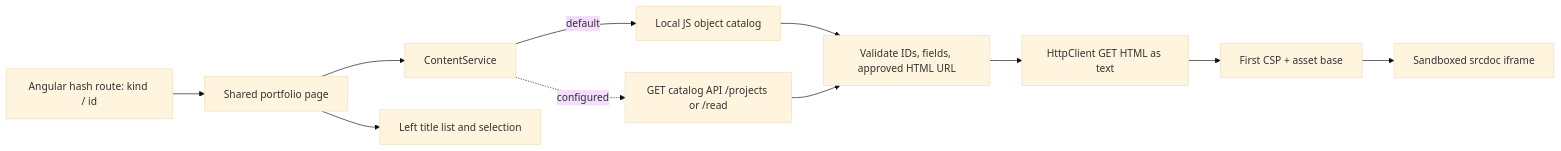
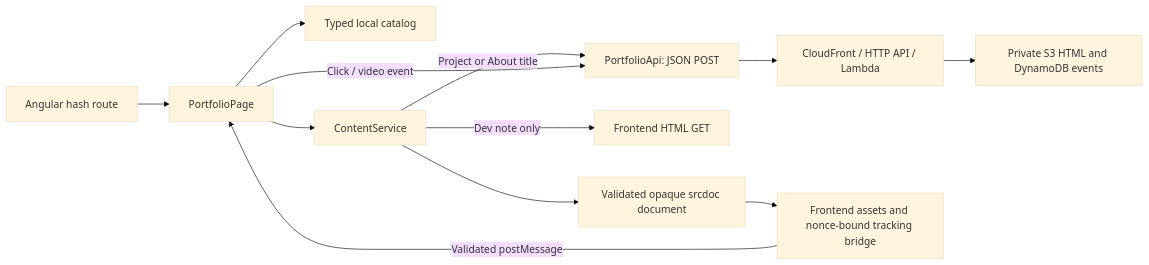
The diagram in ARCHITECTURE.md (gopalcb/my-lab-portfolio), drawn with Mermaid (base theme) before and after one commit. The commit also changed other lines of this file and 21 other files, not shown here.

Commit message:
Serve portfolio content through AWS and record anonymous interaction events

````diff
--- a/ARCHITECTURE.md
+++ b/ARCHITECTURE.md
@@ -3,13 +3,14 @@
 ```mermaid
 flowchart LR
-    R[Angular hash route: kind / id] --> P[Shared portfolio page]
+    R[Angular hash route] --> P[PortfolioPage]
+    P --> C[Typed local catalog]
     P --> S[ContentService]
-    S -->|default| L[Local JS object catalog]
-    S -. configured .-> A[GET catalog API /projects or /read]
-    L --> V[Validate IDs, fields, approved HTML URL]
-    A --> V
-    V --> H[HttpClient GET HTML as text]
-    H --> I[First CSP + asset base]
-    I --> F[Sandboxed srcdoc iframe]
-    P --> N[Left title list and selection]
+    S -->|Project or About title| A[PortfolioApi: JSON POST]
+    S -->|Dev note only| L[Frontend HTML GET]
+    A --> CF[CloudFront / HTTP API / Lambda]
+    CF --> D[Private S3 HTML and DynamoDB events]
+    S --> I[Validated opaque srcdoc document]
+    I --> F[Frontend assets and nonce-bound tracking bridge]
+    F -->|Validated postMessage| P
+    P -->|Click / video event| A
 ```
````
